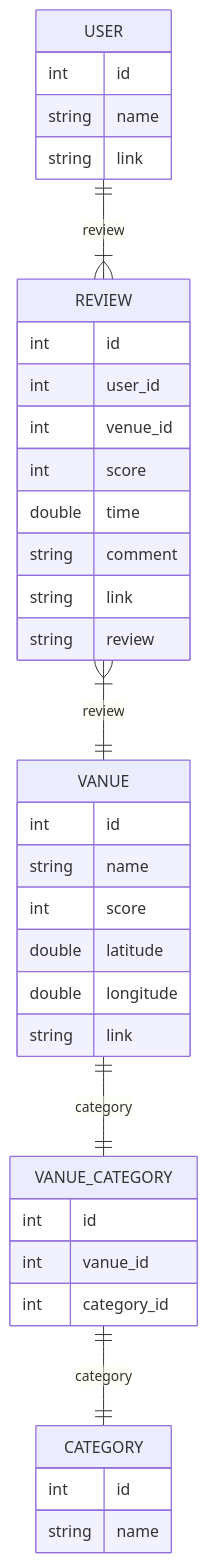
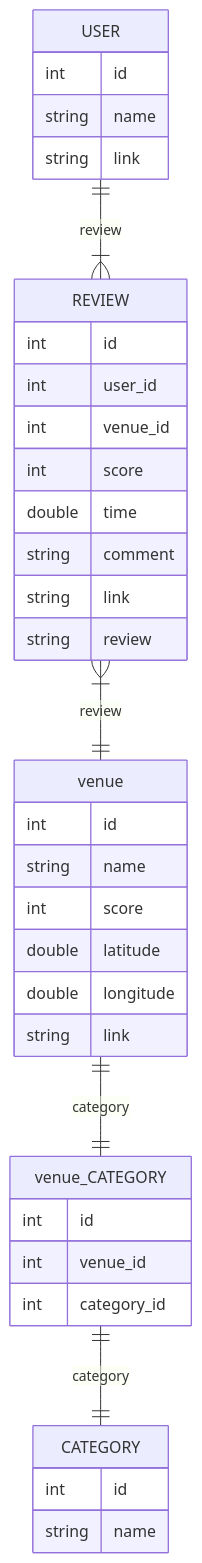
The diagram in README.md (tanapattara/rs-py), drawn with Mermaid before and after one commit. The commit also changed 9 other files, not shown here.

````diff
--- a/README.md
+++ b/README.md
@@ -60,40 +60,40 @@
 ```mermaid
 erDiagram
    USER ||--|{ REVIEW : review
    USER {
         int id
         string name
         string link
     }
-    REVIEW }|--|| VANUE : review
+    REVIEW }|--|| venue : review
     REVIEW {
         int id
         int user_id
         int venue_id
         int score
         double time
         string comment
         string link
         string review
     }
-    VANUE ||--|| VANUE_CATEGORY : category
-     VANUE {
+    venue ||--|| venue_CATEGORY : category
+     venue {
         int id
         string name
         int score
         double latitude
         double longitude
         string link
     }
-    VANUE_CATEGORY ||--|| CATEGORY : category
-    VANUE_CATEGORY{
+    venue_CATEGORY ||--|| CATEGORY : category
+    venue_CATEGORY{
       int id
-      int vanue_id
+      int venue_id
       int category_id
     }
     CATEGORY{
       int id
       string name
     }
 
 ```
````
